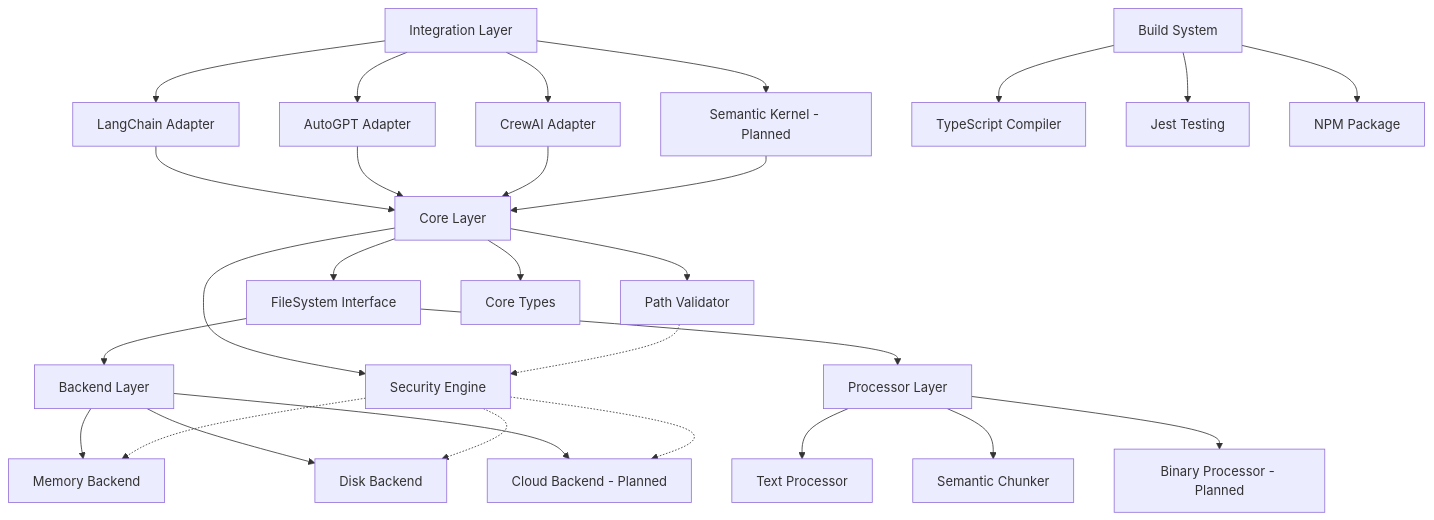
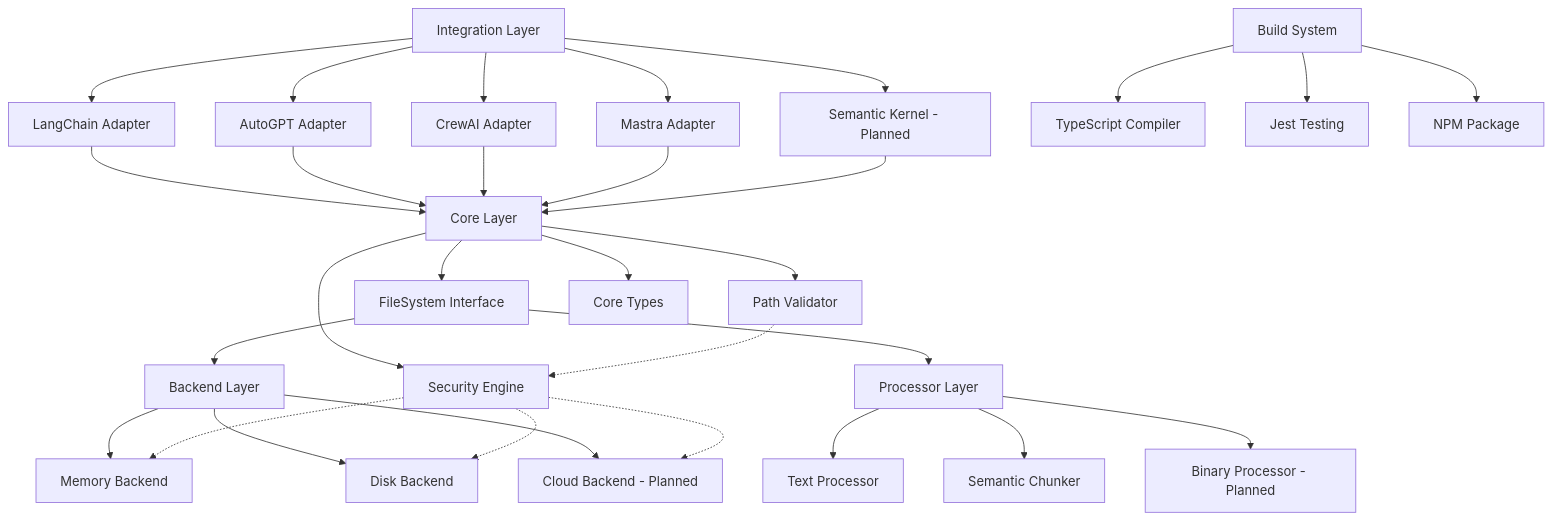
One commit to sorcerai/PackFS changed the first of 4 diagrams in context-network/architecture/component_map.md. Above: the diagram before and after it, drawn with Mermaid. The commit also changed other lines of this file and 15 other files, not shown here.

First line of the commit message:
Release v0.1.9: Mastra integration planning and documentation

````diff
--- a/context-network/architecture/component_map.md
+++ b/context-network/architecture/component_map.md
@@ -18,48 +18,50 @@
 ```mermaid
 flowchart TD
     %% Core Layer
     Core[Core Layer]
     Core --> FSI[FileSystem Interface]
     Core --> SEC[Security Engine]
     Core --> PV[Path Validator]
     Core --> Types[Core Types]
     
     %% Backend Layer
     Backend[Backend Layer]
     FSI --> Backend
     Backend --> MB[Memory Backend]
     Backend --> DB[Disk Backend]
     Backend --> CB[Cloud Backend - Planned]
     
     %% Processor Layer
     Processor[Processor Layer]
     FSI --> Processor
     Processor --> TP[Text Processor]
     Processor --> SC[Semantic Chunker]
     Processor --> BP[Binary Processor - Planned]
     
     %% Integration Layer
     Integration[Integration Layer]
     Integration --> LC[LangChain Adapter]
     Integration --> AG[AutoGPT Adapter]
     Integration --> CA[CrewAI Adapter]
+    Integration --> MA[Mastra Adapter]
     Integration --> SK[Semantic Kernel - Planned]
     
     %% Cross-cutting Concerns
     SEC -.-> MB
     SEC -.-> DB
     SEC -.-> CB
     PV -.-> SEC
     
-    %% Integration Dependencies
+    %% Integration Dependencies  
     LC --> Core
     AG --> Core
     CA --> Core
+    MA --> Core
     SK --> Core
     
     %% Build System
     Build[Build System]
     Build --> TSC[TypeScript Compiler]
     Build --> Jest[Jest Testing]
     Build --> NPM[NPM Package]
 ```
````
